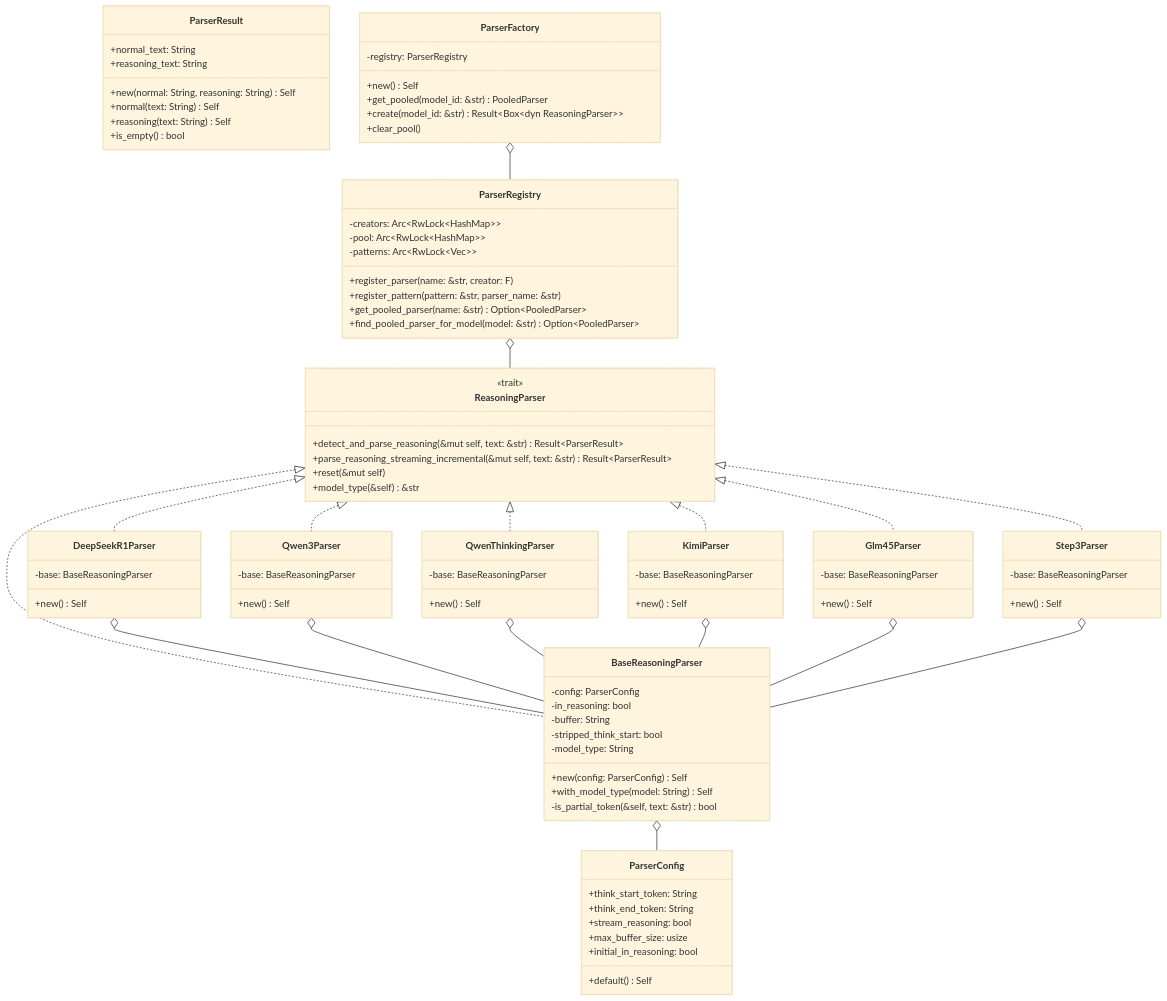
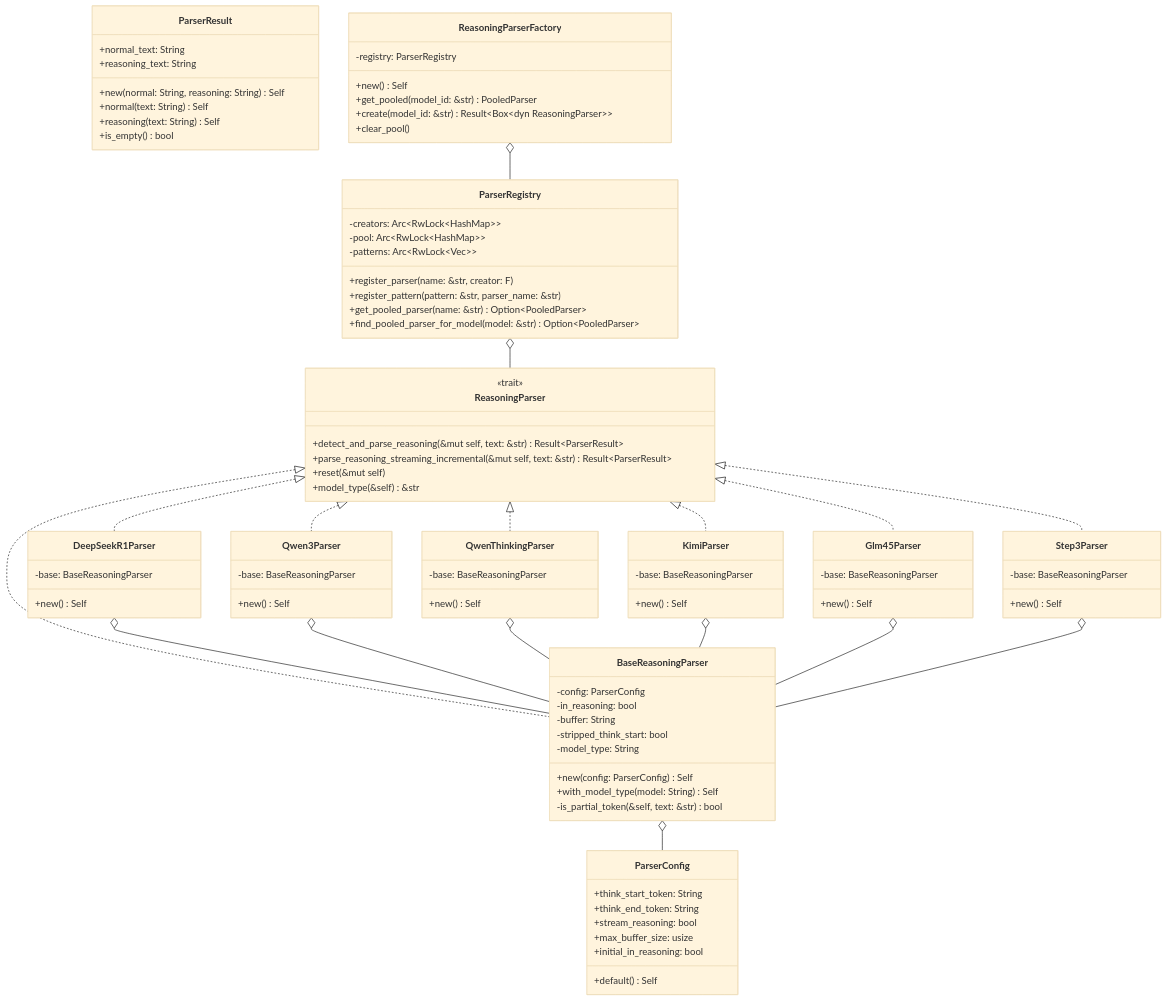
The third of 3 diagrams in sgl-router/src/reasoning_parser/README.md (xiaoshuai/sglang), drawn with Mermaid (base theme) before and after one commit. The commit also changed other lines of this file and 935 other files, not shown here.

````diff
--- a/sgl-router/src/reasoning_parser/README.md
+++ b/sgl-router/src/reasoning_parser/README.md
@@ -206,7 +206,7 @@
         +new() Self
     }
 
-    class ParserFactory {
+    class ReasoningParserFactory {
         -registry: ParserRegistry
         +new() Self
         +get_pooled(model_id: &str) PooledParser
@@ -240,6 +240,6 @@
     Step3Parser o-- BaseReasoningParser
 
     BaseReasoningParser o-- ParserConfig
-    ParserFactory o-- ParserRegistry
+    ReasoningParserFactory o-- ParserRegistry
     ParserRegistry o-- ReasoningParser
 ```
````
